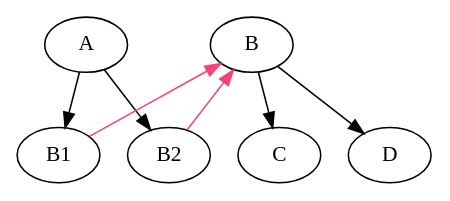
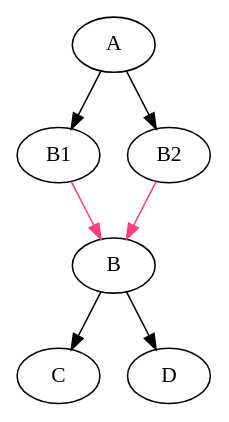
The diagram in spec/fig/view-stack-1.gv (bendr/bender), drawn with Graphviz before and after one commit. The commit also changed 9 other files, not shown here.

```diff
--- a/spec/fig/view-stack-1.gv
+++ b/spec/fig/view-stack-1.gv
@@ -1,13 +1,13 @@
 digraph tree {
   node [fontname="Avenir Next"];
   edge [fontname="Avenir Next"];
 
   A -> B1
   A -> B2
 
-  B -> B1 [color="#f94179", dir=back]
-  B -> B2 [color="#f94179", dir=back]
+  B1 -> B [color="#f94179"]
+  B2 -> B [color="#f94179"]
   B -> C
   B -> D
 
 }
```
